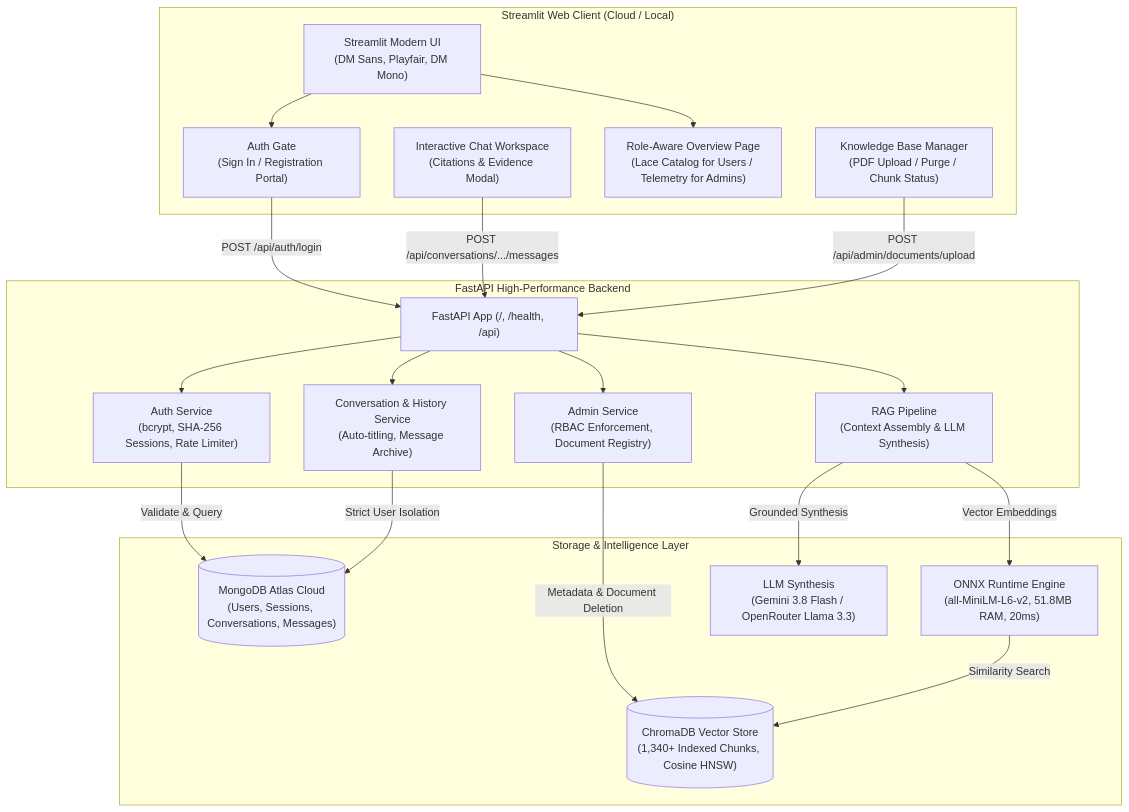
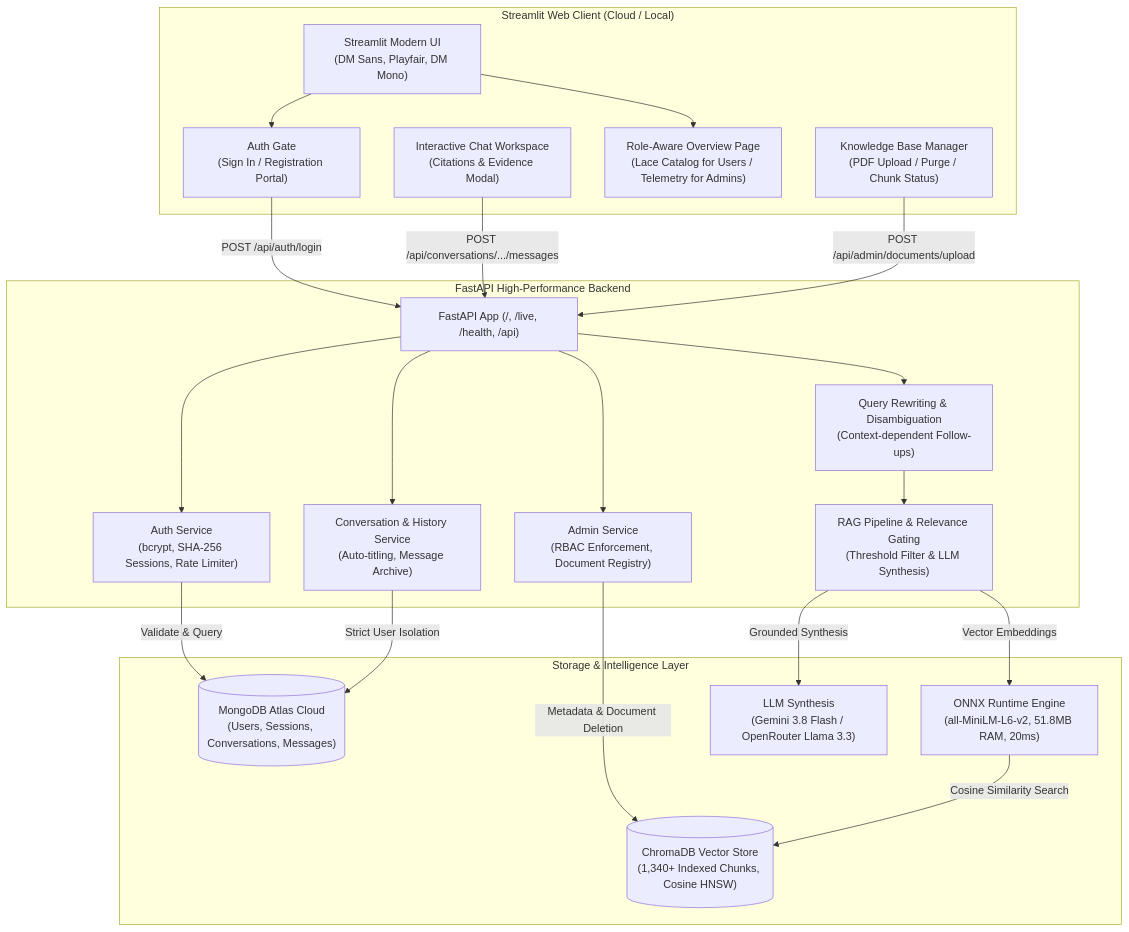
Before and after one commit to krushang15THECODER/Textile-RAG-Assistant: the diagram in README.md, drawn with Mermaid. The commit also changed other lines of this file and 13 other files, not shown here.

First line of the commit message:
feat(core,ui): harden security, add conversational RAG follow-ups, and polish enterprise UI

````diff
--- a/README.md
+++ b/README.md
@@ -21,43 +21,45 @@
 ```mermaid
 flowchart TD
     subgraph Frontend["Streamlit Web Client (Cloud / Local)"]
         UI["Streamlit Modern UI\n(DM Sans, Playfair, DM Mono)"]
         AUTH_UI["Auth Gate\n(Sign In / Registration Portal)"]
         CHAT_UI["Interactive Chat Workspace\n(Citations & Evidence Modal)"]
         OVERVIEW_UI["Role-Aware Overview Page\n(Lace Catalog for Users / Telemetry for Admins)"]
         ADMIN_UI["Knowledge Base Manager\n(PDF Upload / Purge / Chunk Status)"]
     end
 
     subgraph Backend["FastAPI High-Performance Backend"]
-        API["FastAPI App (/, /health, /api)"]
+        API["FastAPI App (/, /live, /health, /api)"]
         AUTH_SVC["Auth Service\n(bcrypt, SHA-256 Sessions, Rate Limiter)"]
         CONV_SVC["Conversation & History Service\n(Auto-titling, Message Archive)"]
         ADMIN_SVC["Admin Service\n(RBAC Enforcement, Document Registry)"]
-        RAG_SVC["RAG Pipeline\n(Context Assembly & LLM Synthesis)"]
+        REWRITE_SVC["Query Rewriting & Disambiguation\n(Context-dependent Follow-ups)"]
+        RAG_SVC["RAG Pipeline & Relevance Gating\n(Threshold Filter & LLM Synthesis)"]
     end
 
     subgraph DataLayer["Storage & Intelligence Layer"]
         MONGO[("MongoDB Atlas Cloud\n(Users, Sessions, Conversations, Messages)")]
         ONNX["ONNX Runtime Engine\n(all-MiniLM-L6-v2, 51.8MB RAM, 20ms)"]
         CHROMA[("ChromaDB Vector Store\n(1,340+ Indexed Chunks, Cosine HNSW)")]
         LLM["LLM Synthesis\n(Gemini 3.8 Flash / OpenRouter Llama 3.3)"]
     end
 
     UI --> AUTH_UI
     UI --> OVERVIEW_UI
     AUTH_UI -->|POST /api/auth/login| API
     CHAT_UI -->|POST /api/conversations/.../messages| API
     ADMIN_UI -->|POST /api/admin/documents/upload| API
 
     API --> AUTH_SVC
     API --> CONV_SVC
     API --> ADMIN_SVC
-    API --> RAG_SVC
+    API --> REWRITE_SVC
+    REWRITE_SVC --> RAG_SVC
 
     AUTH_SVC -->|Validate & Query| MONGO
     CONV_SVC -->|Strict User Isolation| MONGO
     ADMIN_SVC -->|Metadata & Document Deletion| CHROMA
     RAG_SVC -->|Vector Embeddings| ONNX
-    ONNX -->|Similarity Search| CHROMA
+    ONNX -->|Cosine Similarity Search| CHROMA
     RAG_SVC -->|Grounded Synthesis| LLM
 ```
````
